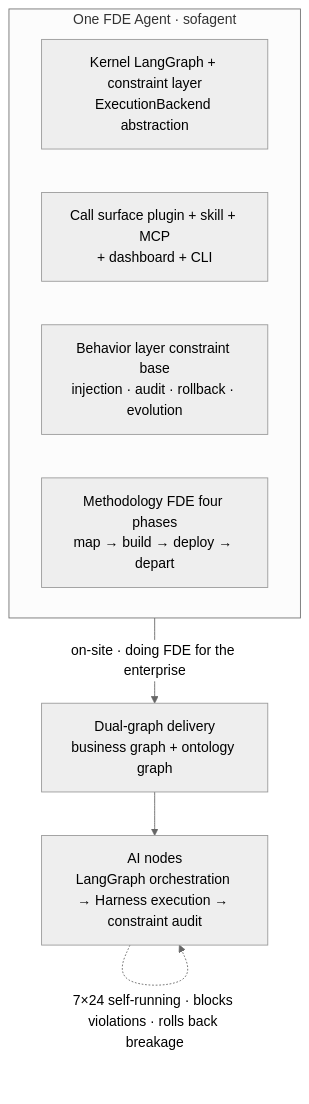
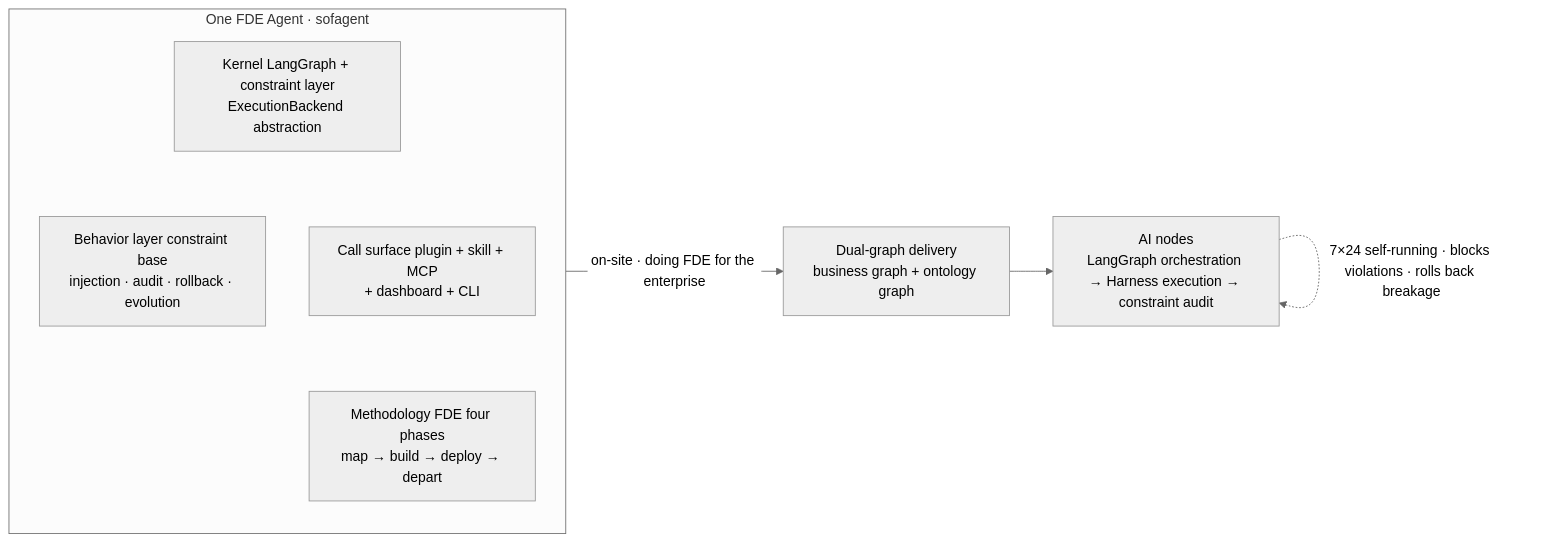
The first of 2 diagrams in README.en.md (KongFangXun/sofagent), drawn with Mermaid (neutral theme) before and after one commit. The commit also changed 4 other files, not shown here.

Commit message:
chore: Git Data API 推送（1 commits 聚合）——docs(skill+readme): 历史版本号清理 + Mermaid 首图横排化

````diff
--- a/README.en.md
+++ b/README.en.md
@@ -47,12 +47,12 @@
 ```mermaid
-graph TB
+graph LR
     subgraph S["One FDE Agent · sofagent"]
-        K["Kernel LangGraph + constraint layer<br/>ExecutionBackend abstraction"]
-        I["Call surface plugin + skill + MCP<br/>+ dashboard + CLI"]
-        B["Behavior layer constraint base<br/>injection · audit · rollback · evolution"]
-        M["Methodology FDE four phases<br/>map → build → deploy → depart"]
+        direction TB
+        K["Kernel LangGraph + constraint layer<br/>ExecutionBackend abstraction"] ~~~ B["Behavior layer constraint base<br/>injection · audit · rollback · evolution"]
+        I["Call surface plugin + skill + MCP<br/>+ dashboard + CLI"] ~~~ M["Methodology FDE four phases<br/>map → build → deploy → depart"]
+        K ~~~ I
     end
     S -->|"on-site · doing FDE for the enterprise"| D["Dual-graph delivery<br/>business graph + ontology graph"]
     D --> N["AI nodes<br/>LangGraph orchestration → Harness execution → constraint audit"]
     N -.->|"7×24 self-running · blocks violations · rolls back breakage"| N
 ```
````
